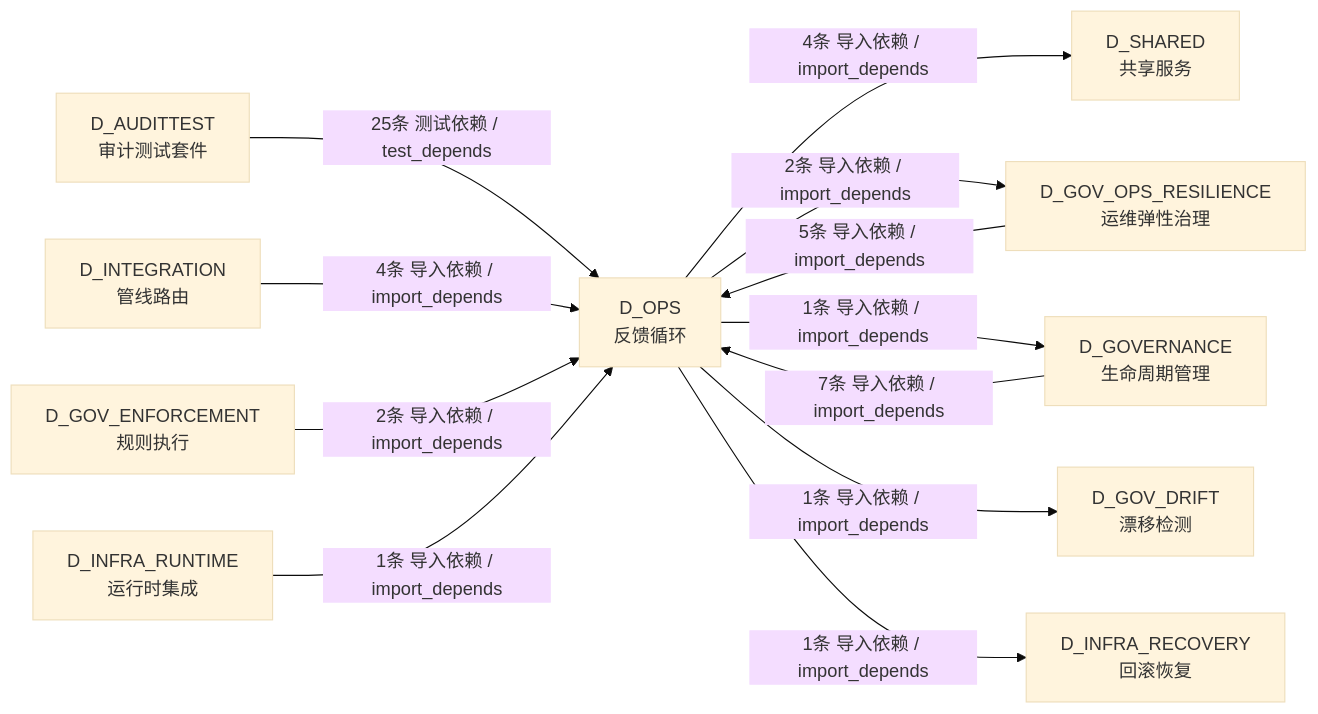
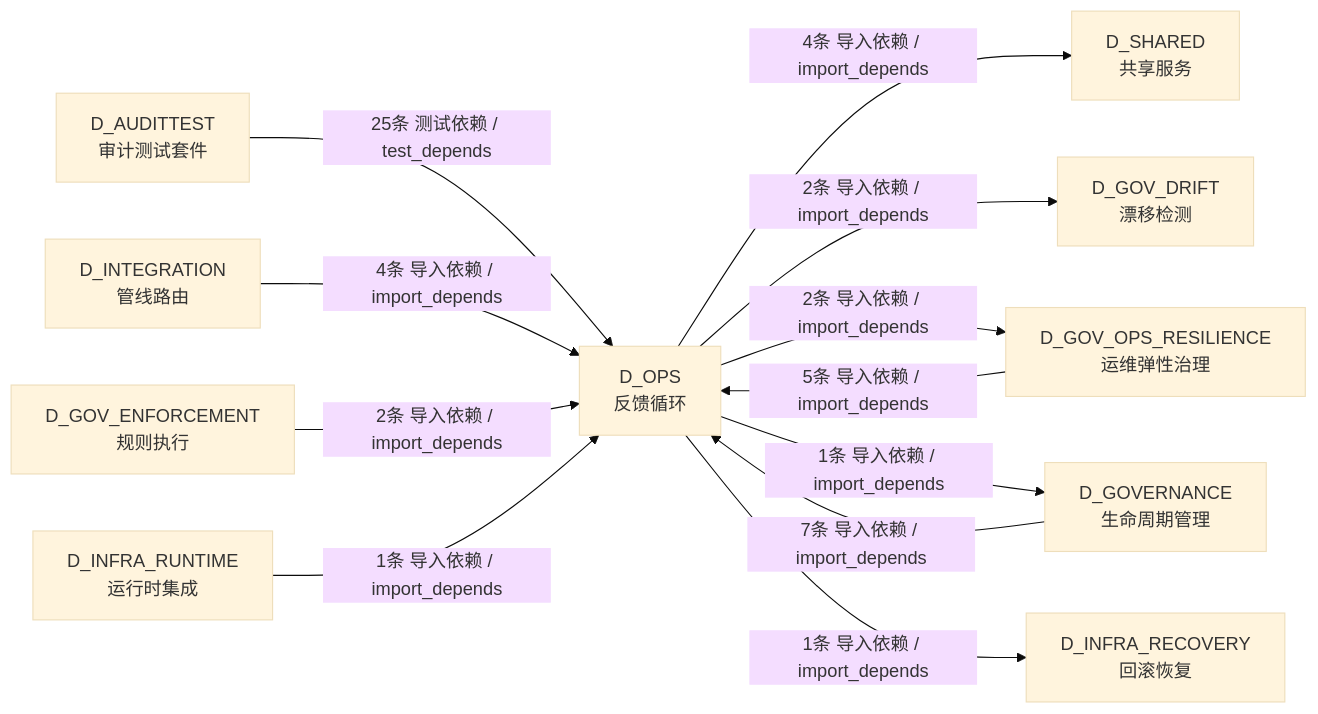
The fourth of 4 diagrams in docs/02_enterprise_architecture/02_domain_architecture_docs/19_d_ops.md (xuanFelixVan/ZephyrAlpha), drawn with Mermaid (base theme) before and after one commit. The commit also changed other lines of this file and 112 other files, not shown here.

````diff
--- a/docs/02_enterprise_architecture/02_domain_architecture_docs/19_d_ops.md
+++ b/docs/02_enterprise_architecture/02_domain_architecture_docs/19_d_ops.md
@@ -274,24 +277,24 @@
 ```mermaid
 graph LR
     D_OPS["D_OPS<br/>反馈循环"]
     D_SHARED["D_SHARED<br/>共享服务"]
+    D_GOV_DRIFT["D_GOV_DRIFT<br/>漂移检测"]
     D_GOV_OPS_RESILIENCE["D_GOV_OPS_RESILIENCE<br/>运维弹性治理"]
     D_GOVERNANCE["D_GOVERNANCE<br/>生命周期管理"]
-    D_GOV_DRIFT["D_GOV_DRIFT<br/>漂移检测"]
     D_INFRA_RECOVERY["D_INFRA_RECOVERY<br/>回滚恢复"]
     D_AUDITTEST["D_AUDITTEST<br/>审计测试套件"]
     D_INTEGRATION["D_INTEGRATION<br/>管线路由"]
     D_GOV_ENFORCEMENT["D_GOV_ENFORCEMENT<br/>规则执行"]
     D_INFRA_RUNTIME["D_INFRA_RUNTIME<br/>运行时集成"]
     D_OPS -->|4条 导入依赖 / import_depends| D_SHARED
+    D_OPS -->|2条 导入依赖 / import_depends| D_GOV_DRIFT
     D_OPS -->|2条 导入依赖 / import_depends| D_GOV_OPS_RESILIENCE
     D_OPS -->|1条 导入依赖 / import_depends| D_GOVERNANCE
-    D_OPS -->|1条 导入依赖 / import_depends| D_GOV_DRIFT
     D_OPS -->|1条 导入依赖 / import_depends| D_INFRA_RECOVERY
     D_AUDITTEST -->|25条 测试依赖 / test_depends| D_OPS
     D_GOVERNANCE -->|7条 导入依赖 / import_depends| D_OPS
     D_GOV_OPS_RESILIENCE -->|5条 导入依赖 / import_depends| D_OPS
     D_INTEGRATION -->|4条 导入依赖 / import_depends| D_OPS
     D_GOV_ENFORCEMENT -->|2条 导入依赖 / import_depends| D_OPS
     D_INFRA_RUNTIME -->|1条 导入依赖 / import_depends| D_OPS
 ```
````
